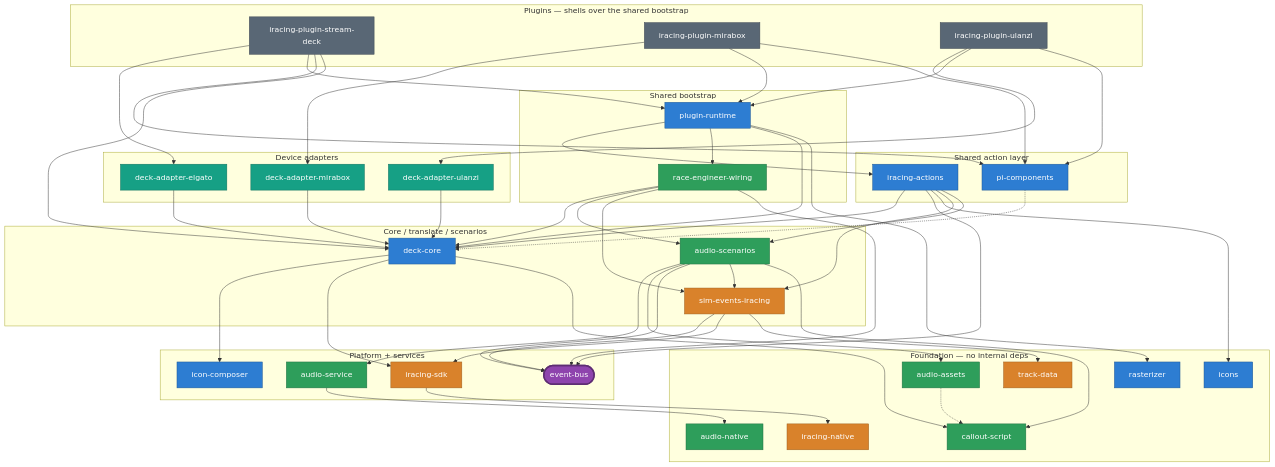
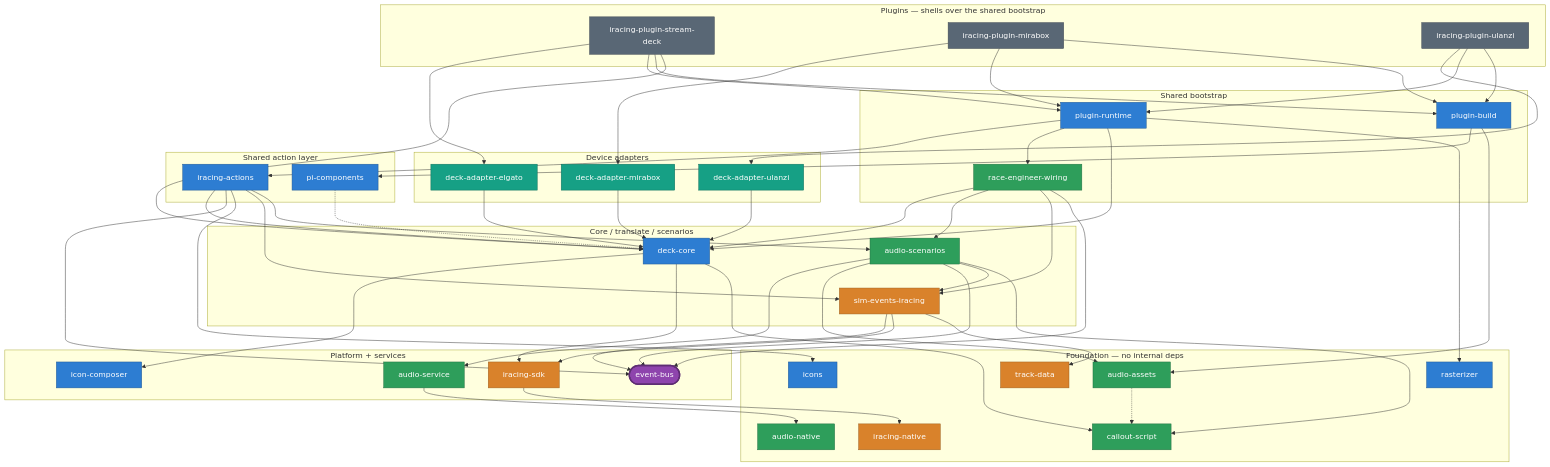
One commit to niklam/iracedeck changed the eighth of 8 diagrams in packages/website/src/content/docs/docs/development/architecture.md. Above: the diagram before and after it, drawn with Mermaid. The commit also changed other lines of this file and 40 other files, not shown here.

First line of the commit message:
refactor(plugin-build): one shared Rollup config for the three plugins (#1349) (#1360)

```diff
--- a/packages/website/src/content/docs/docs/development/architecture.md
+++ b/packages/website/src/content/docs/docs/development/architecture.md
@@ -309,6 +309,7 @@
   subgraph boot["Shared bootstrap"]
     prt["plugin-runtime"]:::core
     rew["race-engineer-wiring"]:::audio
+    pbld["plugin-build"]:::core
   end
   subgraph adapters["Device adapters"]
     aelg["deck-adapter-elgato"]:::adp
@@ -346,10 +347,13 @@
   psd --> prt
   pmb --> prt
   pul --> prt
-  psd --> pic
-  pmb --> pic
-  pul --> pic
+  psd --> pbld
+  pmb --> pbld
+  pul --> pbld
   psd --> dc
+
+  pbld --> pic
+  pbld --> aasset
 
   prt --> acts
   prt --> rew
```
